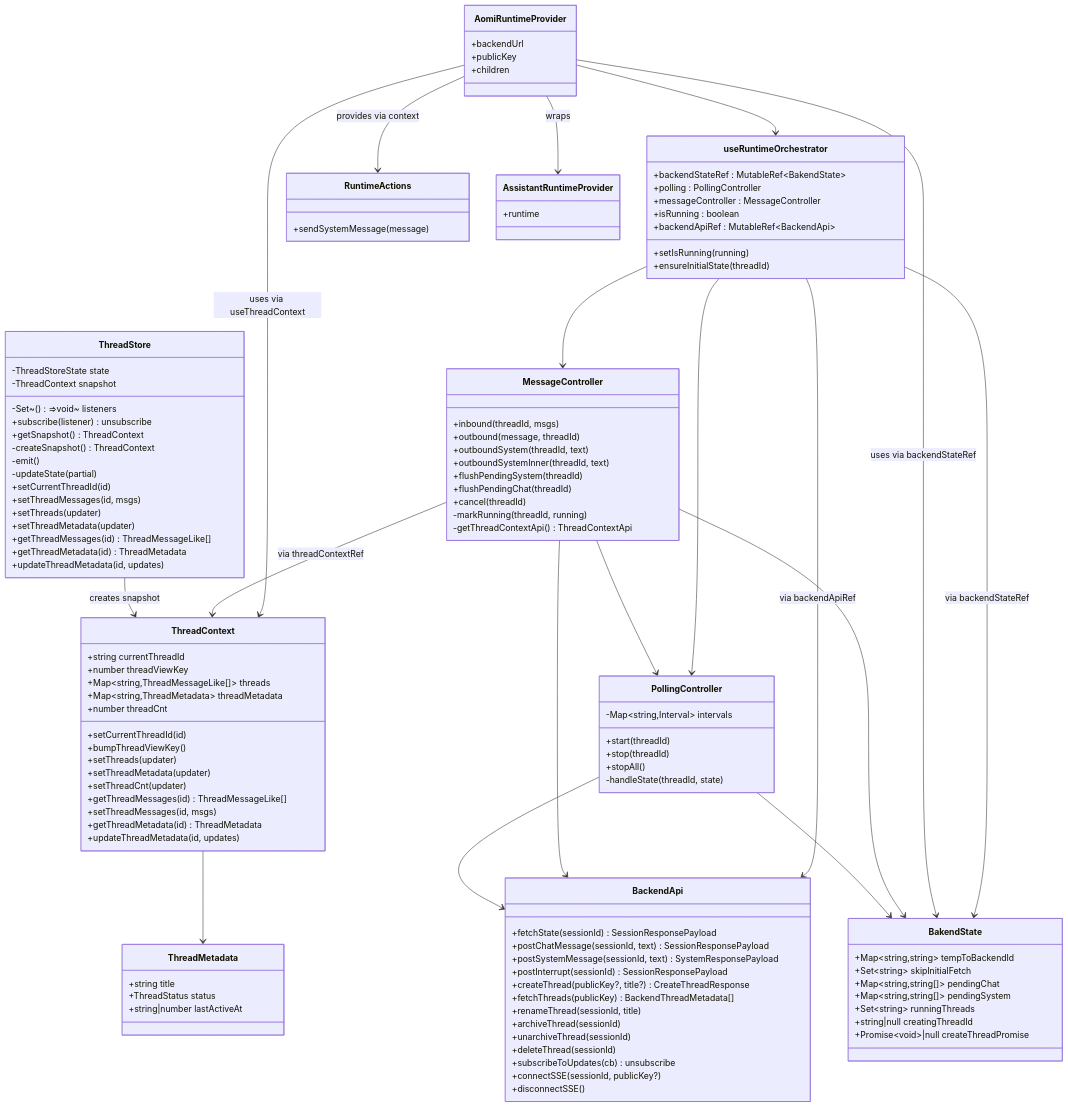
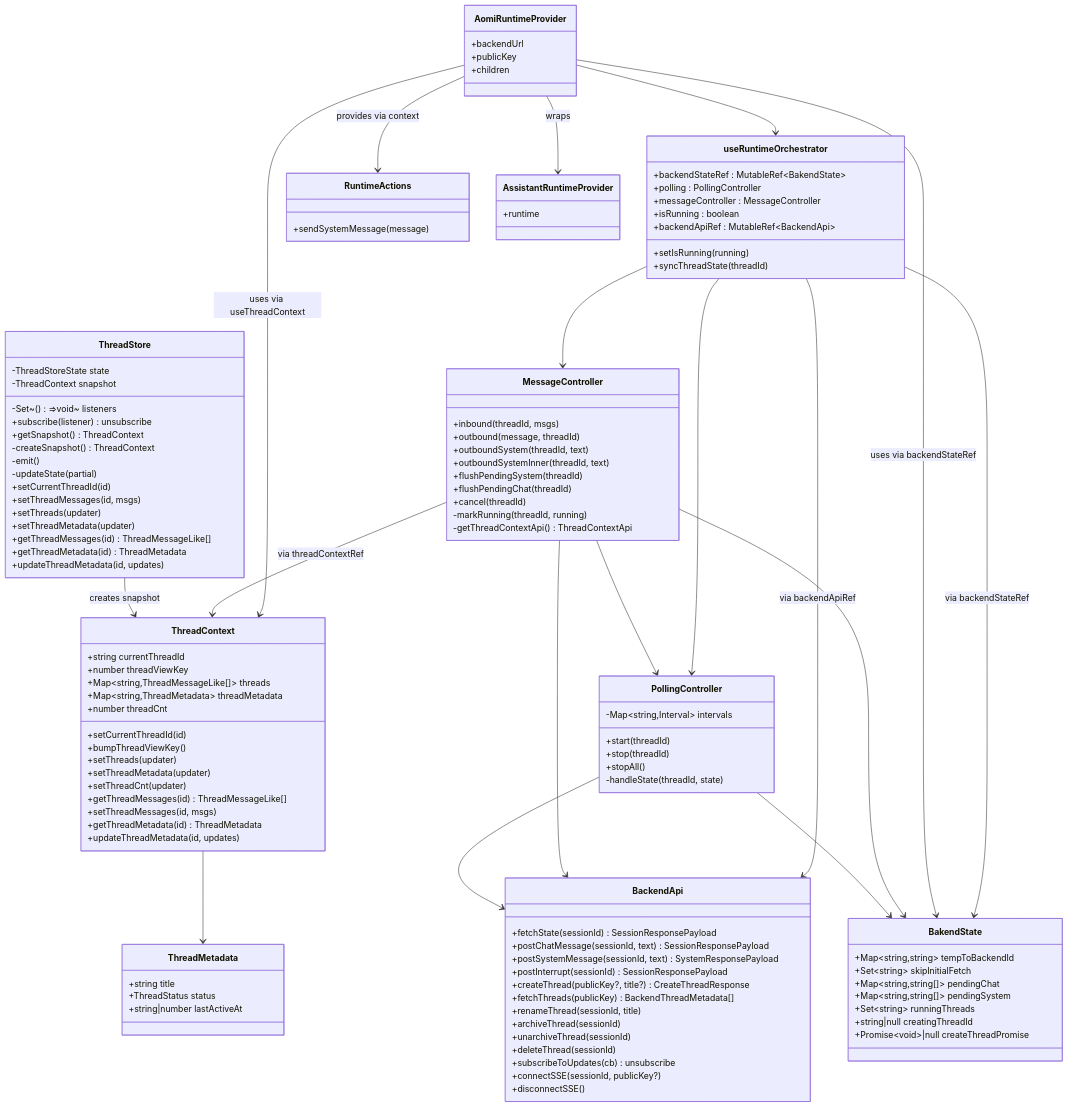
Before and after one commit to aomi-labs/aomi-widget: the first of 5 diagrams in packages/react/src/runtime/RUNTIME-DIAGRAMS.md, drawn with Mermaid. The commit also changed other lines of this file and 18 other files, not shown here.

```diff
--- a/packages/react/src/runtime/RUNTIME-DIAGRAMS.md
+++ b/packages/react/src/runtime/RUNTIME-DIAGRAMS.md
@@ -69,7 +69,7 @@
     +messageController : MessageController
     +isRunning : boolean
     +setIsRunning(running)
-    +ensureInitialState(threadId)
+    +syncThreadState(threadId)
     +backendApiRef : MutableRef~BackendApi~
   }
 
```
